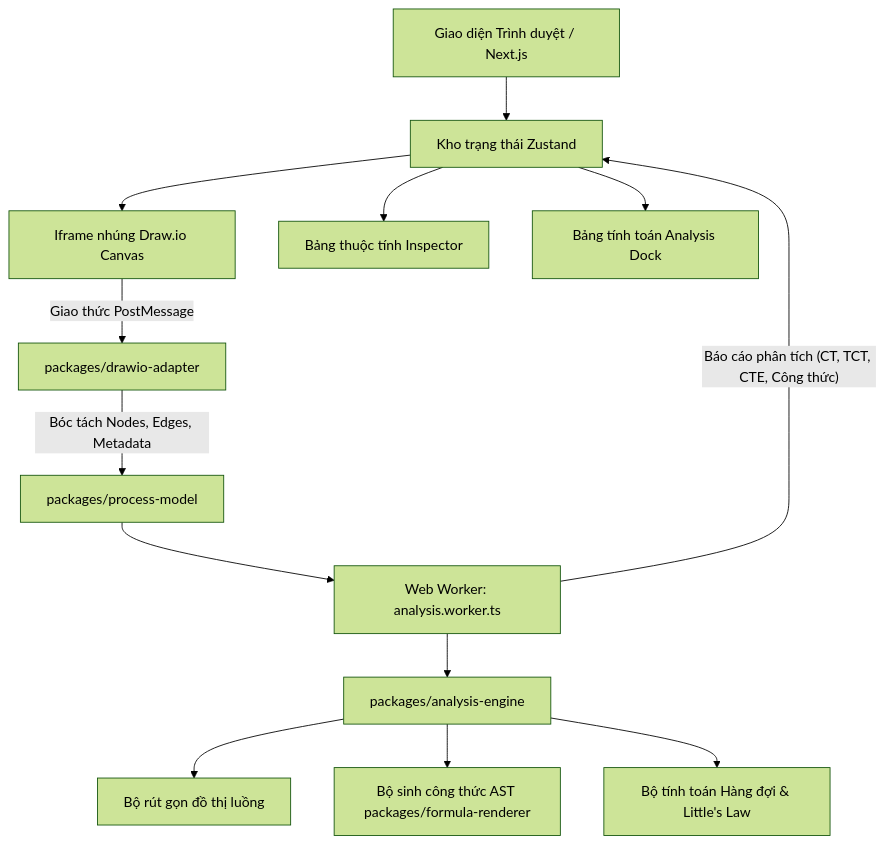
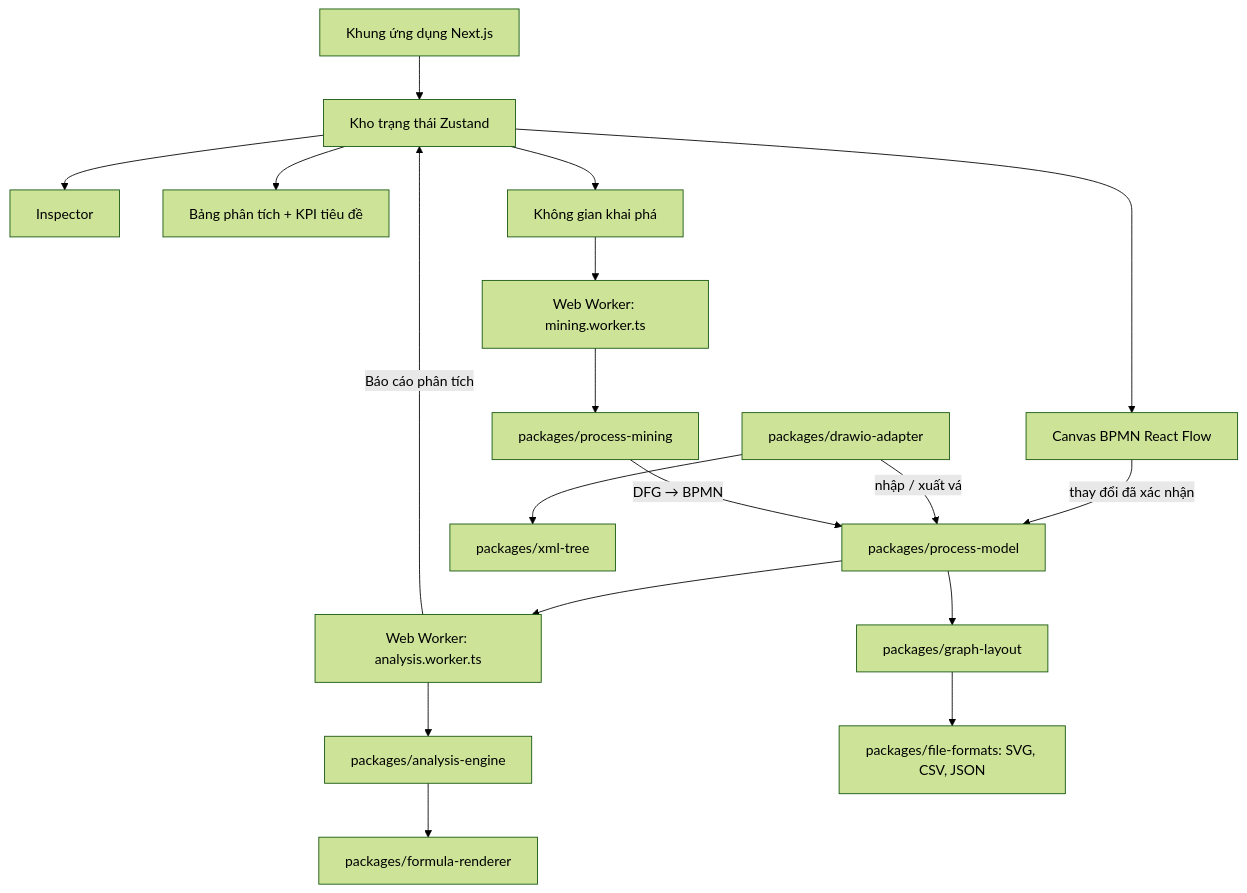
Before and after one commit to thang-uit/Flowculus: the second of 2 diagrams in README.md, drawn with Mermaid (forest theme). The commit also changed other lines of this file and 116 other files, not shown here.

````diff
--- a/README.md
+++ b/README.md
@@ -341,18 +369,24 @@
 ```mermaid
 graph TD
-    A[Giao diện Trình duyệt / Next.js] --> B[Kho trạng thái Zustand]
-    B --> C[Iframe nhúng Draw.io Canvas]
-    B --> D[Bảng thuộc tính Inspector]
-    B --> E[Bảng tính toán Analysis Dock]
+    A[Khung ứng dụng Next.js] --> B[Kho trạng thái Zustand]
+    B --> C[Canvas BPMN React Flow]
+    B --> D[Inspector]
+    B --> E[Bảng phân tích + KPI tiêu đề]
+    B --> M[Không gian khai phá]
 
-    C -- "Giao thức PostMessage" --> F[packages/drawio-adapter]
-    F -- "Bóc tách Nodes, Edges, Metadata" --> G[packages/process-model]
+    C -- "thay đổi đã xác nhận" --> G[packages/process-model]
+    F[packages/drawio-adapter] -- "nhập / xuất vá" --> G
+    F --> X[packages/xml-tree]
+
+    M --> MW[Web Worker: mining.worker.ts]
+    MW --> PM[packages/process-mining]
+    PM -- "DFG → BPMN" --> G
 
     G --> H[Web Worker: analysis.worker.ts]
     H --> I[packages/analysis-engine]
-    I --> J[Bộ rút gọn đồ thị luồng]
-    I --> K[Bộ sinh công thức AST packages/formula-renderer]
-    I --> L[Bộ tính toán Hàng đợi & Little's Law]
+    I --> K[packages/formula-renderer]
+    H -- "Báo cáo phân tích" --> B
 
-    H -- "Báo cáo phân tích (CT, TCT, CTE, Công thức)" --> B
+    G --> L[packages/graph-layout]
+    L --> FF[packages/file-formats: SVG, CSV, JSON]
 ```
````
